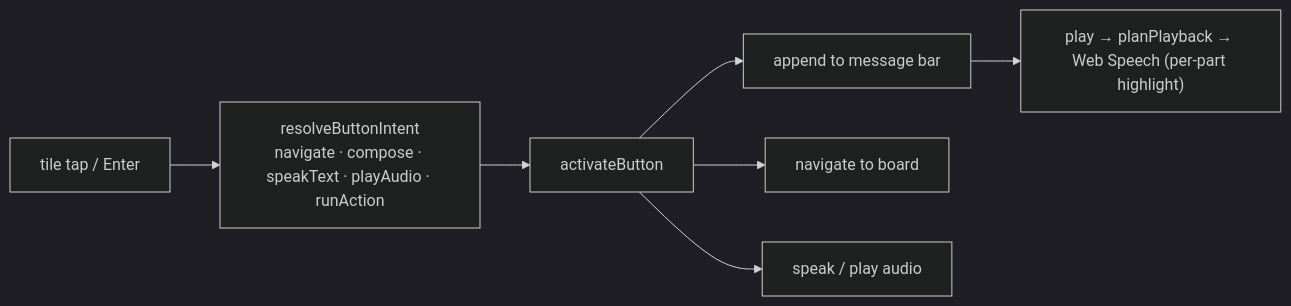
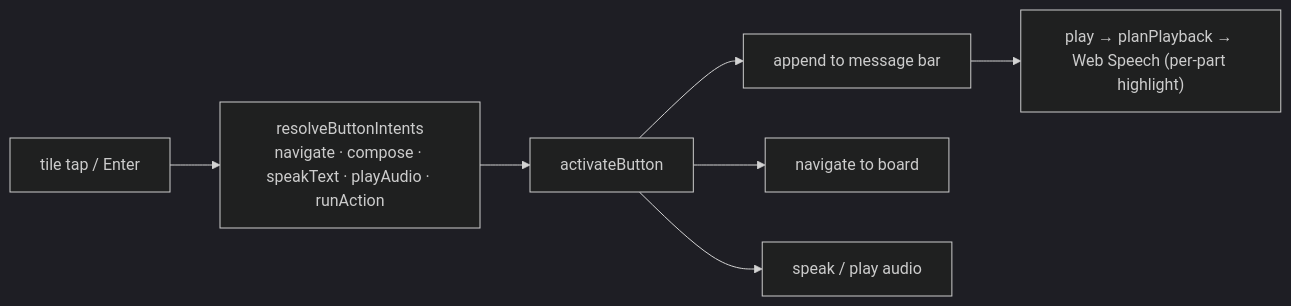
Before and after one commit to shayc/aac-board-ai: the fourth of 4 diagrams in docs/architecture.md, drawn with Mermaid (dark theme). The commit also changed other lines of this file and 3 other files, not shown here.

````diff
--- a/docs/architecture.md
+++ b/docs/architecture.md
@@ -132,9 +132,9 @@
 ```mermaid
 flowchart LR
-    tap["tile tap / Enter"] --> resolve["resolveButtonIntent<br/>navigate · compose · speakText · playAudio · runAction"]
+    tap["tile tap / Enter"] --> resolve["resolveButtonIntents<br/>navigate · compose · speakText · playAudio · runAction"]
     resolve --> dispatch["activateButton"]
     dispatch --> msg["append to message bar"]
     dispatch --> goto["navigate to board"]
     dispatch --> say["speak / play audio"]
     msg --> play["play → planPlayback → Web Speech (per-part highlight)"]
 ```
````
